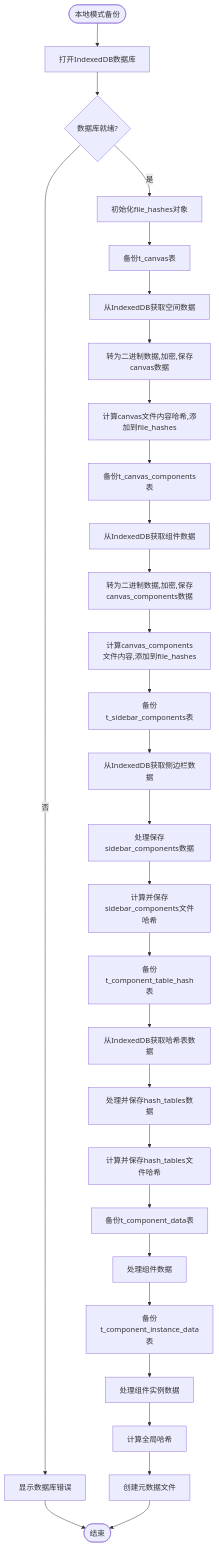
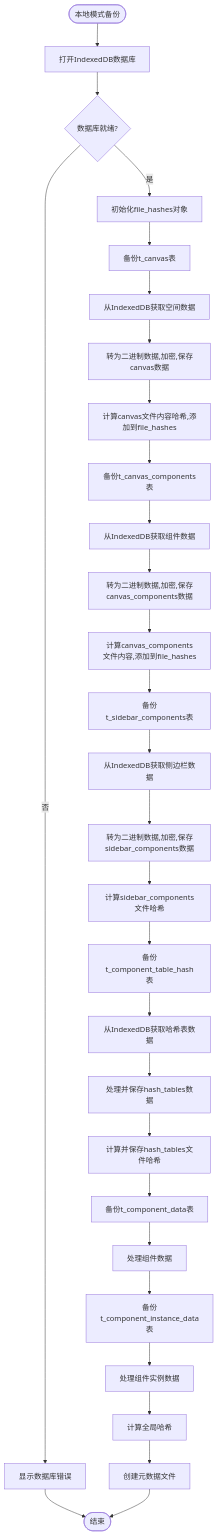
The diagram in all/未命名-56.md (yingjianzh/iodraw-files), drawn with Mermaid before and after one commit.

Commit message:
2025-05-12 14:15:22 update

````diff
--- a/all/未命名-56.md
+++ b/all/未命名-56.md
@@ -1,44 +1,44 @@
 ```mermaid
 
 flowchart TD
     Start([本地模式备份]) --> OpenDB[打开IndexedDB数据库]
     OpenDB --> DBReady{数据库就绪?}
     
     DBReady -->|否| ShowDBError[显示数据库错误]
     DBReady -->|是| InitHashObject[初始化file_hashes对象]
     
     ShowDBError --> End([结束])
     
     InitHashObject --> BackupCanvas[备份t_canvas表]
     BackupCanvas --> GetCanvasFromDB[从IndexedDB获取空间数据]
     GetCanvasFromDB --> ProcessCanvasFile[转为二进制数据,加密,保存canvas数据]
     ProcessCanvasFile --> AddCanvasHash[计算canvas文件内容哈希,添加到file_hashes]
     
     AddCanvasHash --> BackupCanvasComps[备份t_canvas_components表]
     BackupCanvasComps --> GetCanvasCompsFromDB[从IndexedDB获取组件数据]
     GetCanvasCompsFromDB --> ProcessCanvasCompsFile[转为二进制数据,加密,保存canvas_components数据]
     ProcessCanvasCompsFile --> AddCanvasCompsHash[计算canvas_components文件内容,添加到file_hashes]
     
     AddCanvasCompsHash --> BackupSidebarComps[备份t_sidebar_components表]
     BackupSidebarComps --> GetSidebarCompsFromDB[从IndexedDB获取侧边栏数据]
-    GetSidebarCompsFromDB --> ProcessSidebarCompsFile[处理保存sidebar_components数据]
-    ProcessSidebarCompsFile --> AddSidebarCompsHash[计算并保存sidebar_components文件哈希]
+    GetSidebarCompsFromDB --> ProcessSidebarCompsFile[转为二进制数据,加密,保存sidebar_components数据]
+    ProcessSidebarCompsFile --> AddSidebarCompsHash[计算sidebar_components文件哈希]
     
     AddSidebarCompsHash --> BackupHashTables[备份t_component_table_hash表]
     BackupHashTables --> GetHashTablesFromDB[从IndexedDB获取哈希表数据]
     GetHashTablesFromDB --> ProcessHashTablesFile[处理并保存hash_tables数据]
     ProcessHashTablesFile --> AddHashTablesHash[计算并保存hash_tables文件哈希]
     
     AddHashTablesHash --> BackupCompData[备份t_component_data表]
     BackupCompData --> ProcessCompData[处理组件数据]
     
     ProcessCompData --> BackupInstData[备份t_component_instance_data表]
     BackupInstData --> ProcessInstData[处理组件实例数据]
     
     ProcessInstData --> CalculateGlobalHash[计算全局哈希]
     CalculateGlobalHash --> CreateMetadataFile[创建元数据文件]
     
     CreateMetadataFile --> End
 
 
 ```
````
